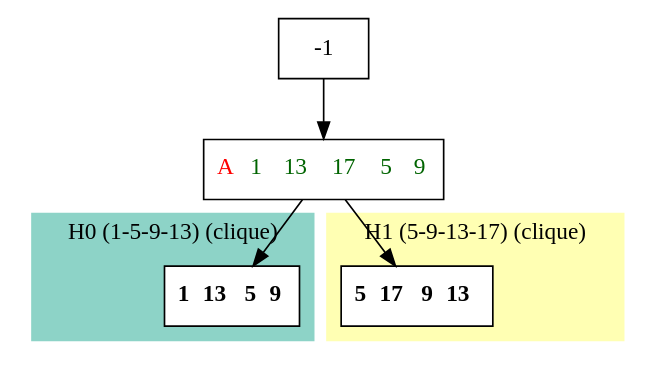
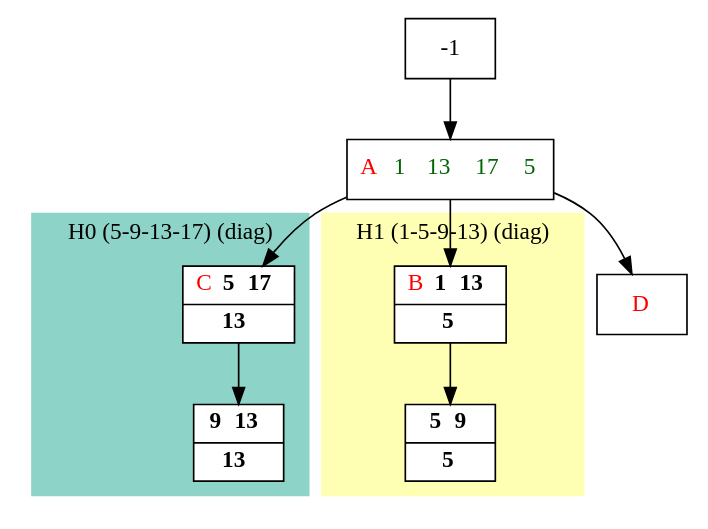
One commit to bmarchand/auto-dp changed the diagram in results/compact_dot_files/compact_H.dot. Above: the diagram before and after it, drawn with Graphviz. The commit also changed 89 other files, not shown here.

```diff
--- a/results/compact_dot_files/compact_H.dot
+++ b/results/compact_dot_files/compact_H.dot
@@ -1,25 +1,29 @@
 digraph G {
     node [shape=box];
     subgraph cluster0 {
         node [style=filled,fillcolor=white];
         labeljust="l";
         style=filled;
         color="#8DD3C7";
-        H0_0;
-        label="H0 (1-5-9-13) (clique)";
+        H0_0 -> H0_5;
+        label="H0 (5-9-13-17) (diag)";
     }
     subgraph cluster1 {
         node [style=filled,fillcolor=white];
         labeljust="l";
         style=filled;
         color="#FFFFB3";
-        H1_0;
-        label="H1 (5-9-13-17) (clique)";
+        H1_0 -> H1_5;
+        label="H1 (1-5-9-13) (diag)";
     }
-     1 [shape=record,label= <{  <FONT COLOR="RED">A</FONT>  <FONT COLOR="DARKGREEN">1</FONT>  <FONT COLOR="DARKGREEN">13</FONT>  <FONT COLOR="DARKGREEN">17</FONT>  <FONT COLOR="DARKGREEN">5</FONT>  <FONT COLOR="DARKGREEN">9</FONT>}> ];
+     1 [shape=record,label= <{  <FONT COLOR="RED">A</FONT>  <FONT COLOR="DARKGREEN">1</FONT>  <FONT COLOR="DARKGREEN">13</FONT>  <FONT COLOR="DARKGREEN">17</FONT>  <FONT COLOR="DARKGREEN">5</FONT>}> ];
      -1  ->  1;
-     H0_0 [shape=record,label= <{ <b>1</b> <b>13</b> <b>5</b> <b>9</b>}> ];
+     H1_0 [shape=record,label= <{  <FONT COLOR="RED">B</FONT> <b>1</b> <b>13</b>|  <b>5</b>}> ];
+     1  ->  H1_0;
+     H1_5 [shape=record,label= <{ <b>5</b> <b>9</b>|  <b>5</b>}> ];
+     H0_0 [shape=record,label= <{  <FONT COLOR="RED">C</FONT> <b>5</b> <b>17</b>|  <b>13</b>}> ];
      1  ->  H0_0;
-     H1_0 [shape=record,label= <{ <b>5</b> <b>17</b> <b>9</b> <b>13</b>}> ];
-     1  ->  H1_0;
+     H0_5 [shape=record,label= <{ <b>9</b> <b>13</b>|  <b>13</b>}> ];
+     _1 [shape=record,label= <{  <FONT COLOR="RED">D</FONT>}> ];
+     1  ->  _1;
 }
```
